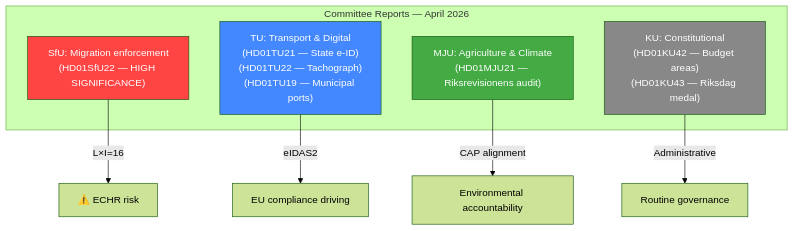
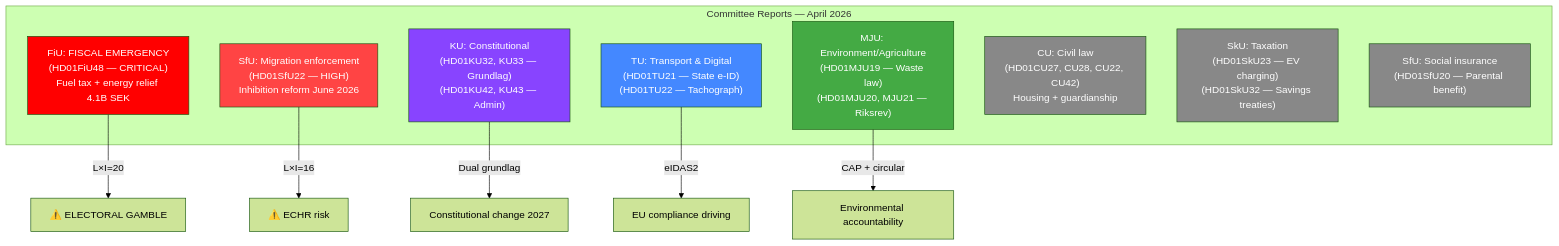
One commit to Hack23/riksdagsmonitor changed the diagram in analysis/daily/2026-04-21/committeeReports/synthesis-summary.md. Above: the diagram before and after it, drawn with Mermaid (forest theme). The commit also changed other lines of this file and 5 other files, not shown here.

````diff
--- a/analysis/daily/2026-04-21/committeeReports/synthesis-summary.md
+++ b/analysis/daily/2026-04-21/committeeReports/synthesis-summary.md
@@ -36,17 +47,26 @@
 ```mermaid
 graph TB
     subgraph "Committee Reports — April 2026"
-    SfU["SfU: Migration enforcement\n(HD01SfU22 — HIGH SIGNIFICANCE)"]
-    TU["TU: Transport & Digital\n(HD01TU21 — State e-ID)\n(HD01TU22 — Tachograph)\n(HD01TU19 — Municipal ports)"]
-    MJU["MJU: Agriculture & Climate\n(HD01MJU21 — Riksrevisionens audit)"]
-    KU["KU: Constitutional\n(HD01KU42 — Budget areas)\n(HD01KU43 — Riksdag medal)"]
+    FiU["FiU: FISCAL EMERGENCY\n(HD01FiU48 — CRITICAL)\nFuel tax + energy relief 4.1B SEK"]
+    SfU["SfU: Migration enforcement\n(HD01SfU22 — HIGH)\nInhibition reform June 2026"]
+    KU["KU: Constitutional\n(HD01KU32, KU33 — Grundlag)\n(HD01KU42, KU43 — Admin)"]
+    TU["TU: Transport & Digital\n(HD01TU21 — State e-ID)\n(HD01TU22 — Tachograph)"]
+    MJU["MJU: Environment/Agriculture\n(HD01MJU19 — Waste law)\n(HD01MJU20, MJU21 — Riksrev)"]
+    CU["CU: Civil law\n(HD01CU27, CU28, CU22, CU42)\nHousing + guardianship"]
+    SkU["SkU: Taxation\n(HD01SkU23 — EV charging)\n(HD01SkU32 — Savings treaties)"]
+    SfU2["SfU: Social insurance\n(HD01SfU20 — Parental benefit)"]
     end
-    SfU -->|"L×I=16"| RISK["⚠️ ECHR risk"]
+    FiU -->|"L×I=20"| FISCAL["⚠️ ELECTORAL GAMBLE"]
+    SfU -->|"L×I=16"| ECHR["⚠️ ECHR risk"]
+    KU -->|"Dual grundlag"| CONST["Constitutional change 2027"]
     TU -->|"eIDAS2"| EU["EU compliance driving"]
-    MJU -->|"CAP alignment"| ENV["Environmental accountability"]
-    KU -->|"Administrative"| ADMIN["Routine governance"]
+    MJU -->|"CAP + circular"| ENV["Environmental accountability"]
+    style FiU fill:#ff0000,color:#fff
     style SfU fill:#ff4444,color:#fff
+    style KU fill:#8844ff,color:#fff
     style TU fill:#4488ff,color:#fff
     style MJU fill:#44aa44,color:#fff
-    style KU fill:#888888,color:#fff
+    style CU fill:#888888,color:#fff
+    style SkU fill:#888888,color:#fff
+    style SfU2 fill:#888888,color:#fff
 ```
````
